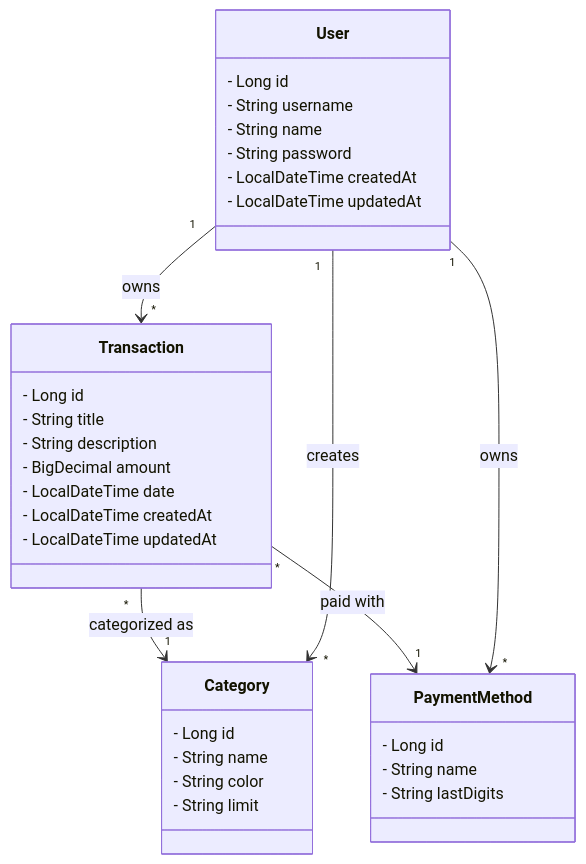
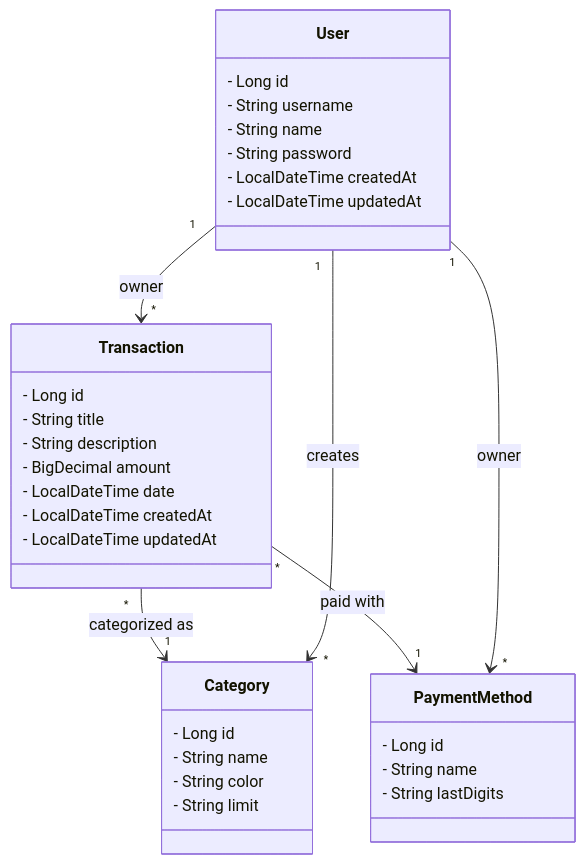
One commit to SFaucher26/FinanceTracker changed the diagram in README.md. Above: the diagram before and after it, drawn with Mermaid. The commit also changed 13 other files, not shown here.

````diff
--- a/README.md
+++ b/README.md
@@ -2,43 +2,43 @@
 ```mermaid
 classDiagram
     class User {
         - Long id
         - String username
         - String name
         - String password
         - LocalDateTime createdAt
         - LocalDateTime updatedAt
     }
 
     class Transaction {
         - Long id
         - String title
         - String description
         - BigDecimal amount
         - LocalDateTime date
         - LocalDateTime createdAt
         - LocalDateTime updatedAt
     }
 
     class PaymentMethod {
         - Long id
         - String name
         - String lastDigits
     }
 
     class Category {
         - Long id
         - String name
         - String color
         - String limit
     }
 
     %% ======= RELATIONS =======
 
-    User "1" --> "*" Transaction : owns
+    User "1" --> "*" Transaction : owner
     Transaction "*" --> "1" Category : categorized as
     Transaction "*" --> "1" PaymentMethod : paid with
     User "1" --> "*" Category : creates
-    User "1" --> "*" PaymentMethod : owns
+    User "1" --> "*" PaymentMethod : owner
 
 ```
````
